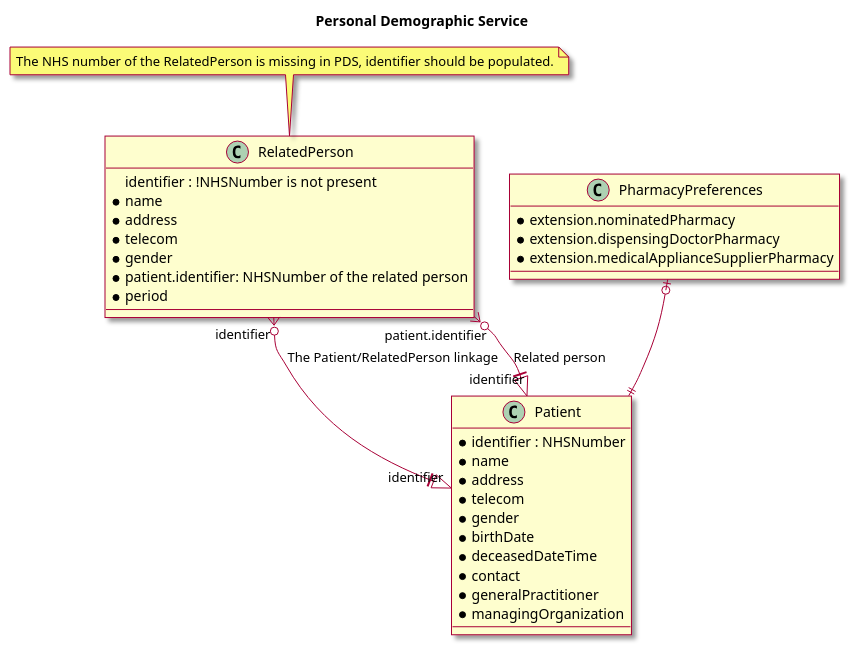
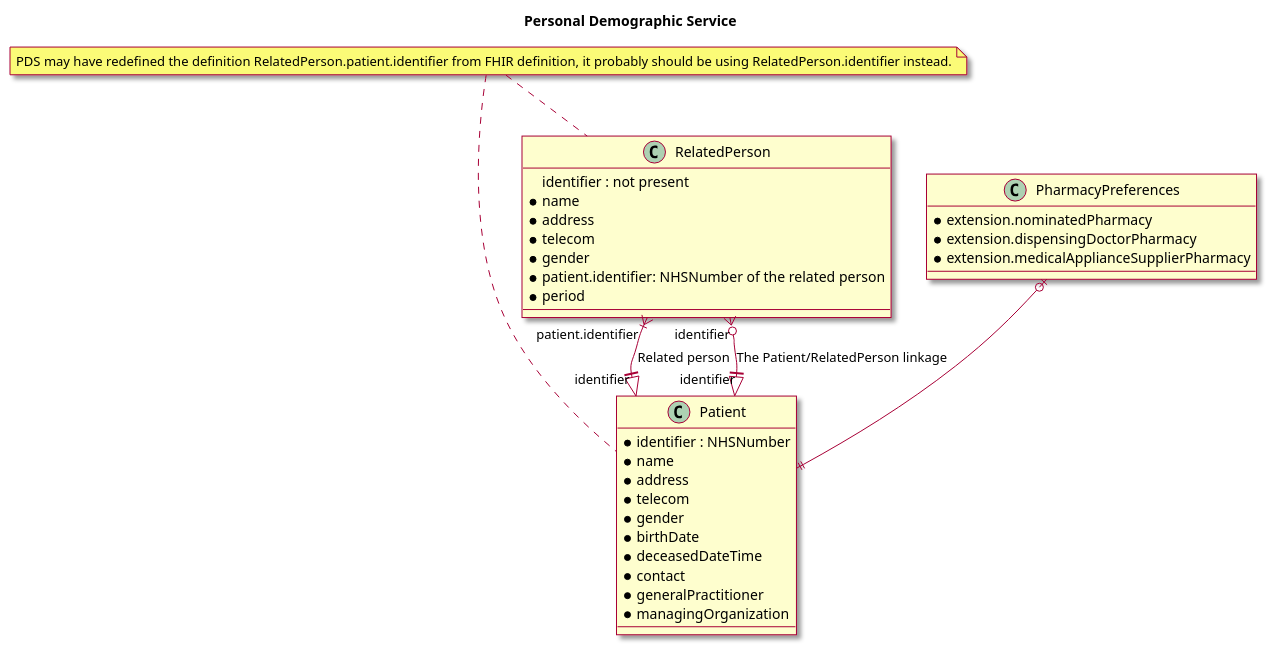
The diagram in input/images-source/personal-demographic-service-relationship.plantuml (NHSDigital/interoperability-standards-documentation), drawn with PlantUML before and after one commit.

Commit message:
Added warning around PDS RelatedPerson schema differing from FHIR base

```diff
--- a/input/images-source/personal-demographic-service-relationship.plantuml
+++ b/input/images-source/personal-demographic-service-relationship.plantuml
@@ -1,44 +1,45 @@
 @startuml
 
 skin rose
 
 title Personal Demographic Service
 
 class Patient {
   * identifier : NHSNumber
   * name
   * address
   * telecom
   * gender
   * birthDate
   * deceasedDateTime
   * contact
   * generalPractitioner
   * managingOrganization
 }
 
 class RelatedPerson {
-  identifier : !NHSNumber is not present
+  identifier : not present
   * name
   * address
   * telecom
   * gender
   * patient.identifier: NHSNumber of the related person
   * period
 }
 
 class PharmacyPreferences {
   * extension.nominatedPharmacy
   * extension.dispensingDoctorPharmacy
   * extension.medicalApplianceSupplierPharmacy
 }
 
+RelatedPerson "patient.identifier" }|--||> "identifier" Patient : Related person
 RelatedPerson "identifier" }o--||> "identifier" Patient: The Patient/RelatedPerson linkage
-RelatedPerson "patient.identifier" }o--||> "identifier" Patient : Related person
 PharmacyPreferences |o--|| Patient
 
-note "The NHS number of the RelatedPerson is missing in PDS, identifier should be populated." as PDS
+note "PDS may have redefined the definition RelatedPerson.patient.identifier from FHIR definition, it probably should be using RelatedPerson.identifier instead." as PDS
 
 PDS .. RelatedPerson
+PDS .. Patient
 
 @enduml
```
